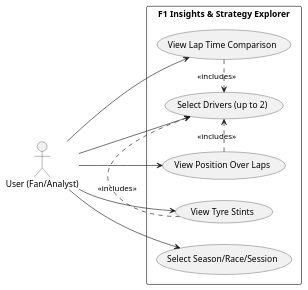
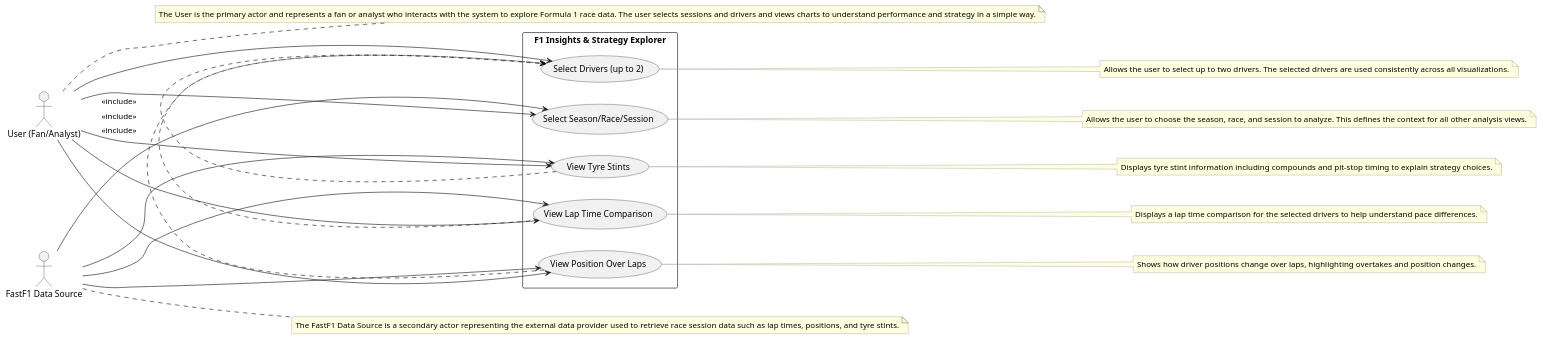
The diagram in UML/UseCaseDiagram.puml (AnkitaVilasPimpalkar08/CSCI_6234_Spring_2026_G23), drawn with PlantUML before and after one commit.

```diff
--- a/UML/UseCaseDiagram.puml
+++ b/UML/UseCaseDiagram.puml
@@ -1,23 +1,59 @@
 @startuml
 left to right direction
+skinparam noteBackgroundColor #FFFFE0
+skinparam noteBorderColor gray
 
 actor "User (Fan/Analyst)" as User
+actor "FastF1 Data Source" as DataSrc
 
 rectangle "F1 Insights & Strategy Explorer" {
   usecase "Select Season/Race/Session" as UC1
   usecase "Select Drivers (up to 2)" as UC2
   usecase "View Lap Time Comparison" as UC3
   usecase "View Position Over Laps" as UC4
   usecase "View Tyre Stints" as UC5
 }
 
 User --> UC1
 User --> UC2
 User --> UC3
 User --> UC4
 User --> UC5
 
-UC3 .> UC2 : <<includes>>
-UC4 .> UC2 : <<includes>>
-UC5 .> UC2 : <<includes>>
+DataSrc --> UC1
+DataSrc --> UC3
+DataSrc --> UC4
+DataSrc --> UC5
+
+UC3 .> UC2 : <<include>>
+UC4 .> UC2 : <<include>>
+UC5 .> UC2 : <<include>>
+
+note right of User
+The User is the primary actor and represents a fan or analyst who interacts with the system to explore Formula 1 race data. The user selects sessions and drivers and views charts to understand performance and strategy in a simple way.
+end note
+
+note right of DataSrc
+The FastF1 Data Source is a secondary actor representing the external data provider used to retrieve race session data such as lap times, positions, and tyre stints.
+end note
+
+note right of UC1
+Allows the user to choose the season, race, and session to analyze. This defines the context for all other analysis views.
+end note
+
+note right of UC2
+Allows the user to select up to two drivers. The selected drivers are used consistently across all visualizations.
+end note
+
+note right of UC3
+Displays a lap time comparison for the selected drivers to help understand pace differences.
+end note
+
+note right of UC4
+Shows how driver positions change over laps, highlighting overtakes and position changes.
+end note
+
+note right of UC5
+Displays tyre stint information including compounds and pit-stop timing to explain strategy choices.
+end note
 @enduml
```
